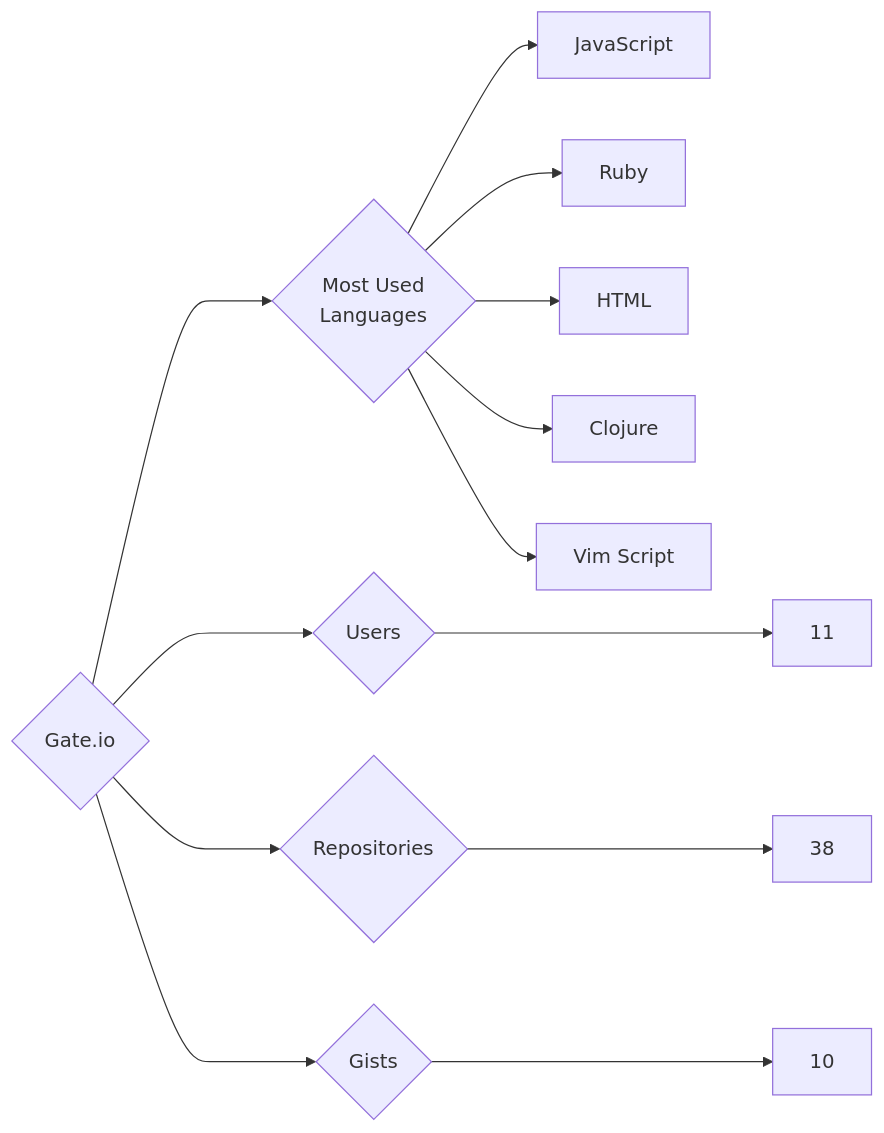
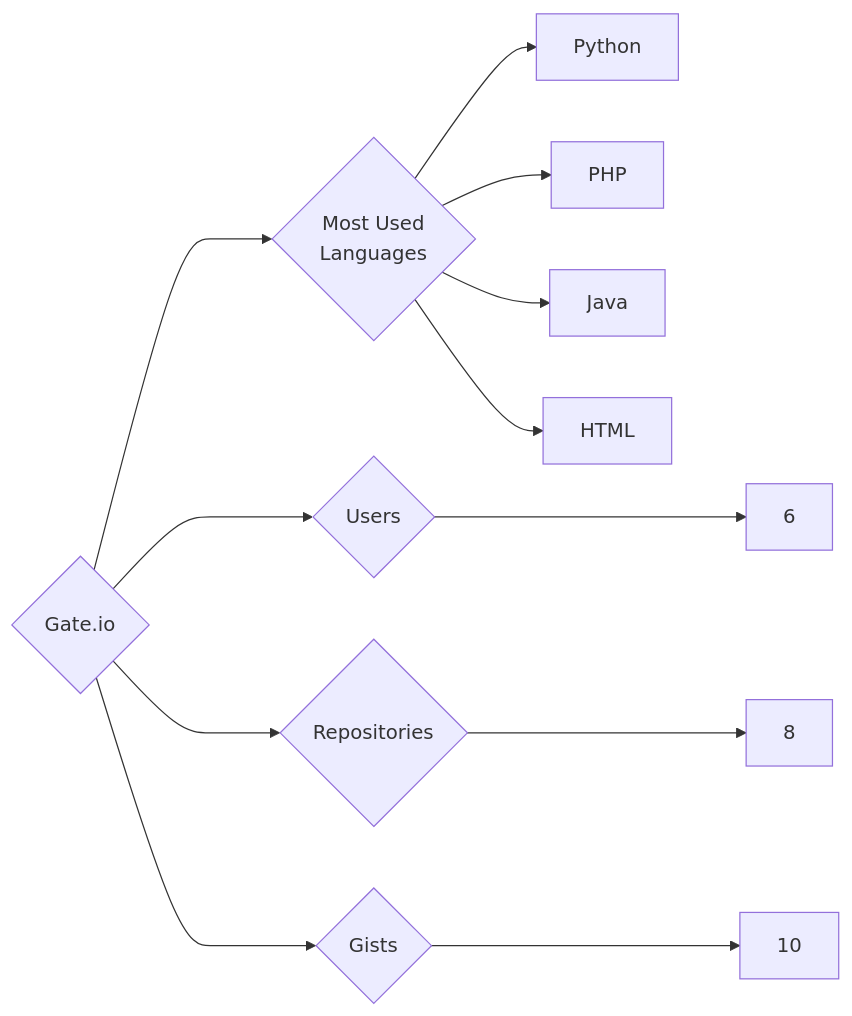
The diagram in targets/Gate.io/README.md (trickest/insiders), drawn with Mermaid before and after one commit. The commit also changed 997 other files, not shown here.

````diff
--- a/targets/Gate.io/README.md
+++ b/targets/Gate.io/README.md
@@ -3,13 +3,12 @@
 ```mermaid
 graph LR
 COMPANY_NAME{Gate.io}
-COMPANY_NAME ---> U{Users} ---> UN[11]
-COMPANY_NAME ---> R{Repositories} ---> RN[38]
+COMPANY_NAME ---> U{Users} ---> UN[6]
+COMPANY_NAME ---> R{Repositories} ---> RN[8]
 COMPANY_NAME ---> G{Gists} ---> GN[10]
 COMPANY_NAME ---> ML{Most Used<br>Languages}
-ML --> JavaScript[JavaScript]
-ML --> Ruby[Ruby]
+ML --> Python[Python]
+ML --> PHP[PHP]
+ML --> Java[Java]
 ML --> HTML[HTML]
-ML --> Clojure[Clojure]
-ML --> Vim_Script[Vim Script]
 ```
````
